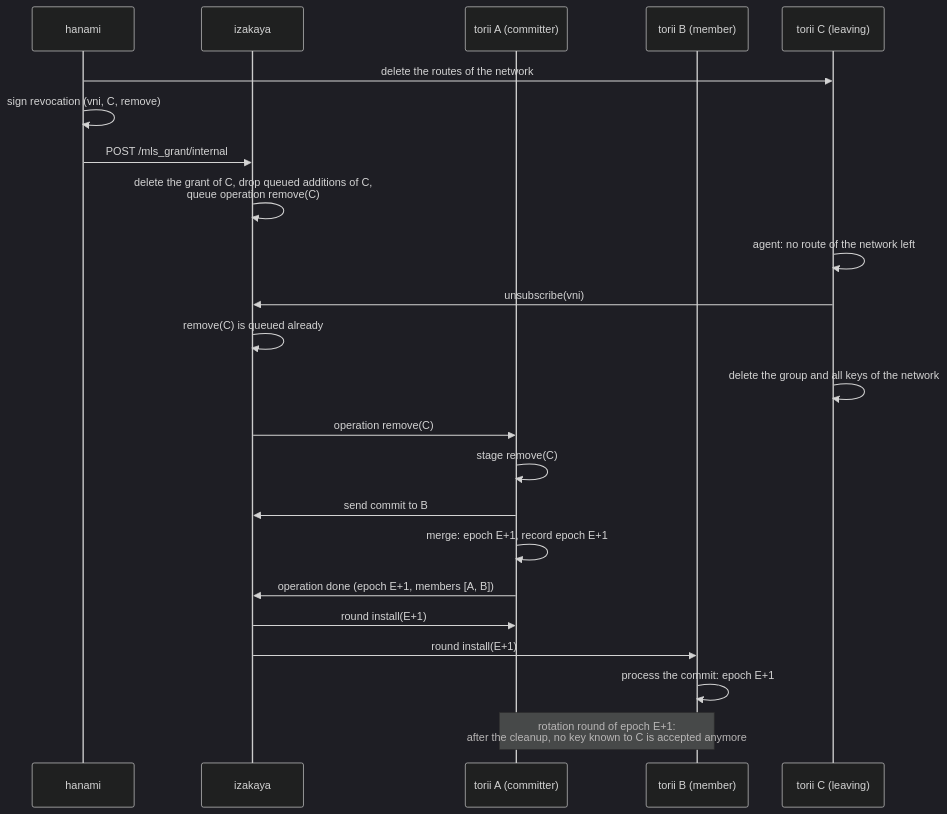
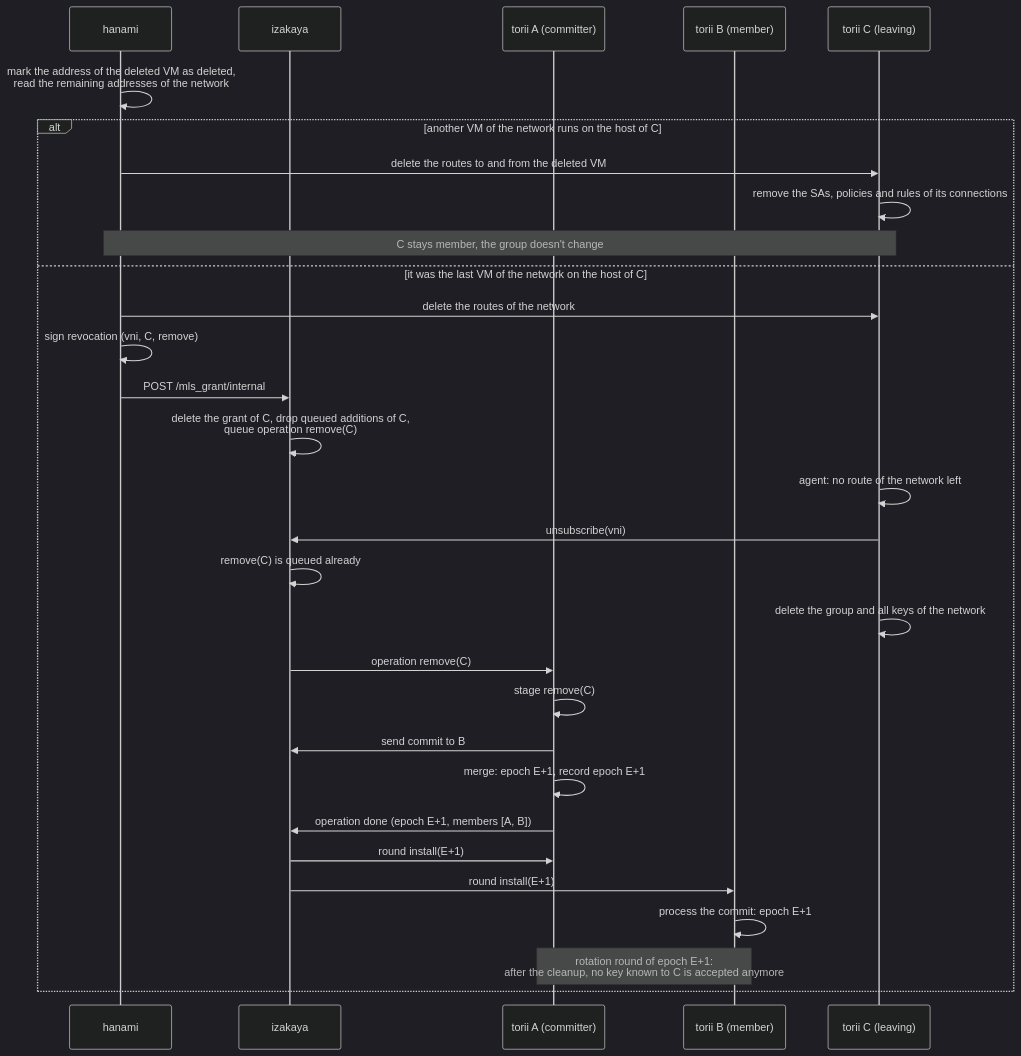
One commit to kitsudaiki/ainari changed the tenth of 18 diagrams in docs/developer/sequence_diagrams/network_crypto_key_exchange.md. Above: the diagram before and after it, drawn with Mermaid (dark theme). The commit also changed other lines of this file and 25 other files, not shown here.

````diff
--- a/docs/developer/sequence_diagrams/network_crypto_key_exchange.md
+++ b/docs/developer/sequence_diagrams/network_crypto_key_exchange.md
@@ -309,28 +333,35 @@
 ```mermaid
 sequenceDiagram
     participant H as hanami
     participant I as izakaya
     participant TA as torii A (committer)
     participant TB as torii B (member)
     participant TC as torii C (leaving)
 
-    H->>TC: delete the routes of the network
-    H->>H: sign revocation (vni, C, remove)
-    H->>I: POST /mls_grant/internal
-    I->>I: delete the grant of C, drop queued additions of C,<br/>queue operation remove(C)
+    H->>H: mark the address of the deleted VM as deleted,<br/>read the remaining addresses of the network
+    alt another VM of the network runs on the host of C
+        H->>TC: delete the routes to and from the deleted VM
+        TC->>TC: remove the SAs, policies and rules of its connections
+        Note over H,TC: C stays member, the group doesn't change
+    else it was the last VM of the network on the host of C
+        H->>TC: delete the routes of the network
+        H->>H: sign revocation (vni, C, remove)
+        H->>I: POST /mls_grant/internal
+        I->>I: delete the grant of C, drop queued additions of C,<br/>queue operation remove(C)
 
-    TC->>TC: agent: no route of the network left
-    TC->>I: unsubscribe(vni)
-    I->>I: remove(C) is queued already
-    TC->>TC: delete the group and all keys of the network
+        TC->>TC: agent: no route of the network left
+        TC->>I: unsubscribe(vni)
+        I->>I: remove(C) is queued already
+        TC->>TC: delete the group and all keys of the network
 
-    I->>TA: operation remove(C)
-    TA->>TA: stage remove(C)
-    TA->>I: send commit to B
-    TA->>TA: merge: epoch E+1, record epoch E+1
-    TA->>I: operation done (epoch E+1, members [A, B])
-    I->>TA: round install(E+1)
-    I->>TB: round install(E+1)
-    TB->>TB: process the commit: epoch E+1
-    Note over TA,TB: rotation round of epoch E+1:<br/>after the cleanup, no key known to C is accepted anymore
+        I->>TA: operation remove(C)
+        TA->>TA: stage remove(C)
+        TA->>I: send commit to B
+        TA->>TA: merge: epoch E+1, record epoch E+1
+        TA->>I: operation done (epoch E+1, members [A, B])
+        I->>TA: round install(E+1)
+        I->>TB: round install(E+1)
+        TB->>TB: process the commit: epoch E+1
+        Note over TA,TB: rotation round of epoch E+1:<br/>after the cleanup, no key known to C is accepted anymore
+    end
 ```
````
